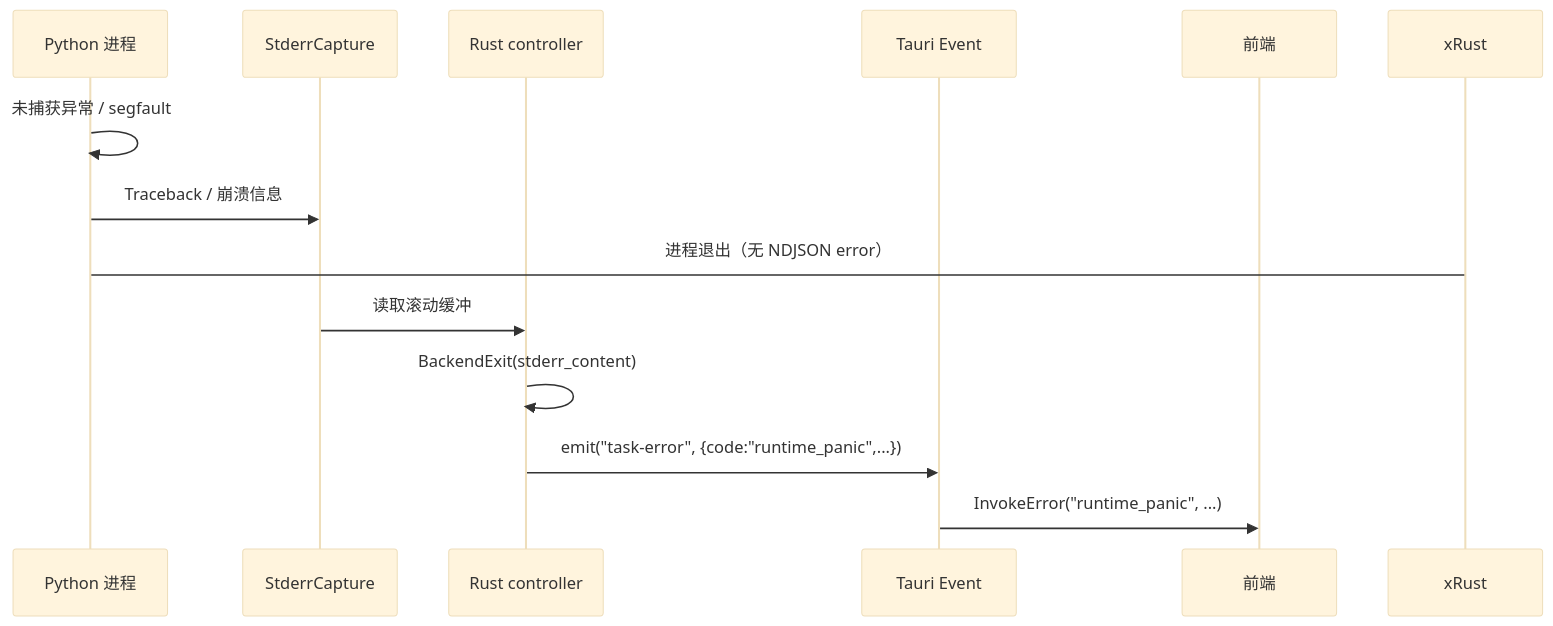
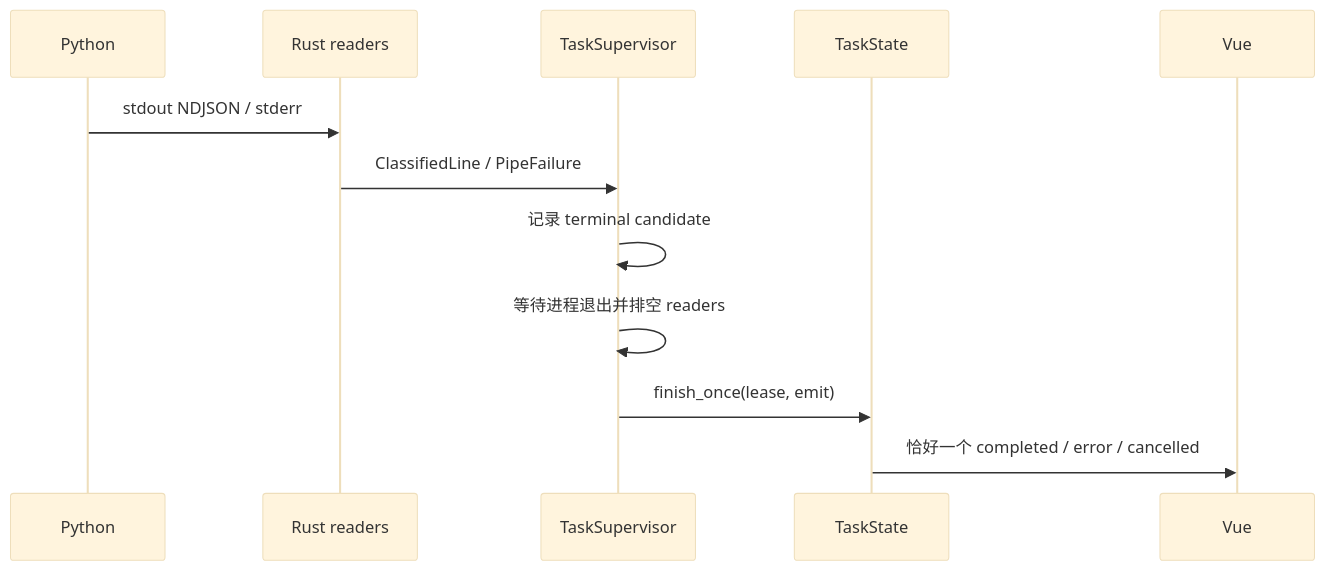
Before and after one commit to youge325/vp: the second of 2 diagrams in docs/05-ipc-protocol.md, drawn with Mermaid (base theme). The commit also changed other lines of this file and 14 other files, not shown here.

````diff
--- a/docs/05-ipc-protocol.md
+++ b/docs/05-ipc-protocol.md
@@ -281,16 +168,15 @@
 ```mermaid
 sequenceDiagram
-    participant Python as Python 进程
-    participant Stderr as StderrCapture
-    participant Rust as Rust controller
-    participant Event as Tauri Event
-    participant Frontend as 前端
+    participant Python
+    participant Reader as Rust readers
+    participant Supervisor as TaskSupervisor
+    participant State as TaskState
+    participant UI as Vue
 
-    Python->>Python: 未捕获异常 / segfault
-    Python->>Stderr: Traceback / 崩溃信息
-    Python->xRust: 进程退出（无 NDJSON error）
-    Stderr->>Rust: 读取滚动缓冲
-    Rust->>Rust: BackendExit(stderr_content)
-    Rust->>Event: emit("task-error", {code:"runtime_panic",...})
-    Event->>Frontend: InvokeError("runtime_panic", ...)
+    Python->>Reader: stdout NDJSON / stderr
+    Reader->>Supervisor: ClassifiedLine / PipeFailure
+    Supervisor->>Supervisor: 记录 terminal candidate
+    Supervisor->>Supervisor: 等待进程退出并排空 readers
+    Supervisor->>State: finish_once(lease, emit)
+    State->>UI: 恰好一个 completed / error / cancelled
 ```
````
